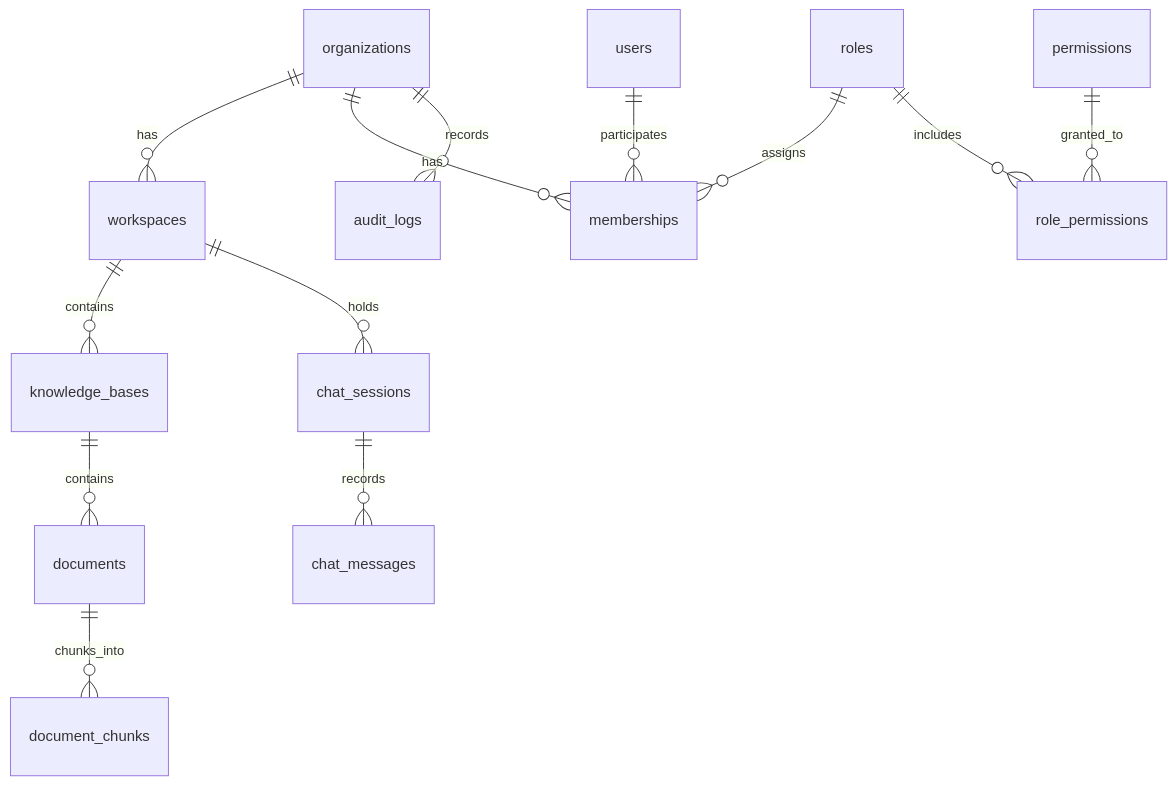
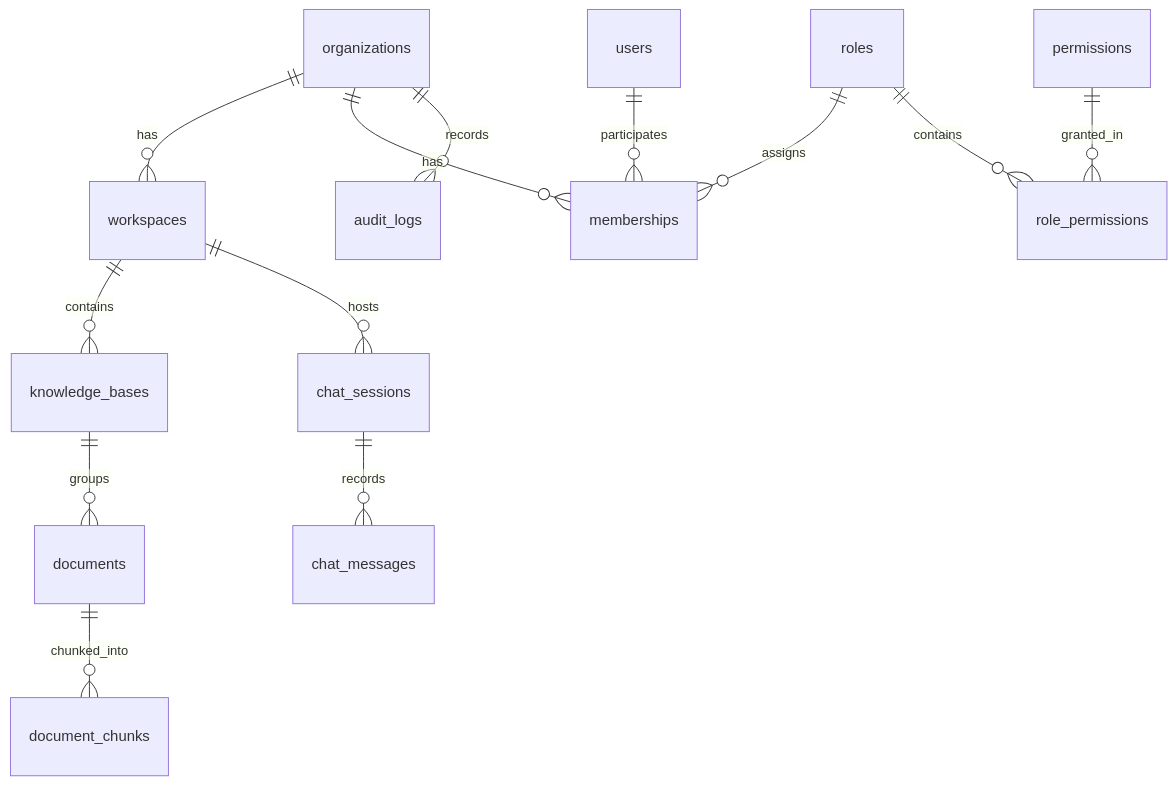
One commit to chasingboy95/ai-knowledge-hub changed the first of 2 diagrams in knowledge-base/README.md. Above: the diagram before and after it, drawn with Mermaid. The commit also changed other lines of this file and 18 other files, not shown here.

````diff
--- a/knowledge-base/README.md
+++ b/knowledge-base/README.md
@@ -74,15 +74,15 @@
 ```mermaid
 erDiagram
     organizations ||--o{ workspaces : "has"
     organizations ||--o{ memberships : "has"
     organizations ||--o{ audit_logs : "records"
     users ||--o{ memberships : "participates"
     roles ||--o{ memberships : "assigns"
-    roles ||--o{ role_permissions : "includes"
-    permissions ||--o{ role_permissions : "granted_to"
+    roles ||--o{ role_permissions : "contains"
+    permissions ||--o{ role_permissions : "granted_in"
     workspaces ||--o{ knowledge_bases : "contains"
-    knowledge_bases ||--o{ documents : "contains"
-    documents ||--o{ document_chunks : "chunks_into"
-    workspaces ||--o{ chat_sessions : "holds"
+    workspaces ||--o{ chat_sessions : "hosts"
+    knowledge_bases ||--o{ documents : "groups"
+    documents ||--o{ document_chunks : "chunked_into"
     chat_sessions ||--o{ chat_messages : "records"
 ```
````
